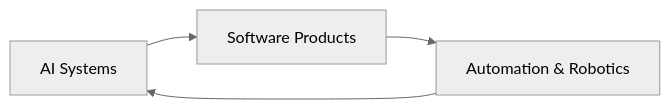
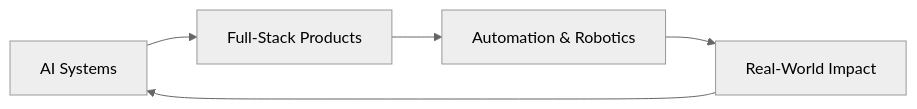
One commit to NineNatthanarong/NineNatthanarong changed the diagram in README.md. Above: the diagram before and after it, drawn with Mermaid (neutral theme). The commit also changed other lines of this file, not shown here.

````diff
--- a/README.md
+++ b/README.md
@@ -50,6 +52,7 @@
 ```mermaid
 flowchart LR
-    A[AI Systems] --> B[Software Products]
+    A[AI Systems] --> B[Full-Stack Products]
     B --> C[Automation & Robotics]
-    C --> A
+    C --> D[Real-World Impact]
+    D --> A
 ```
````
